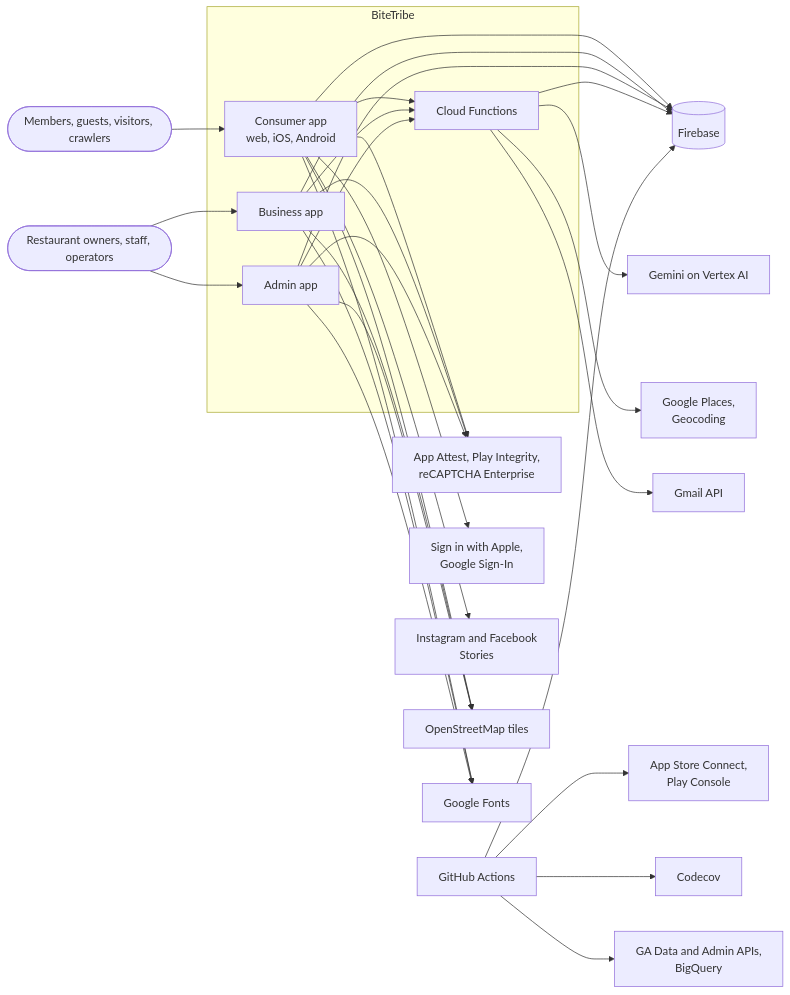
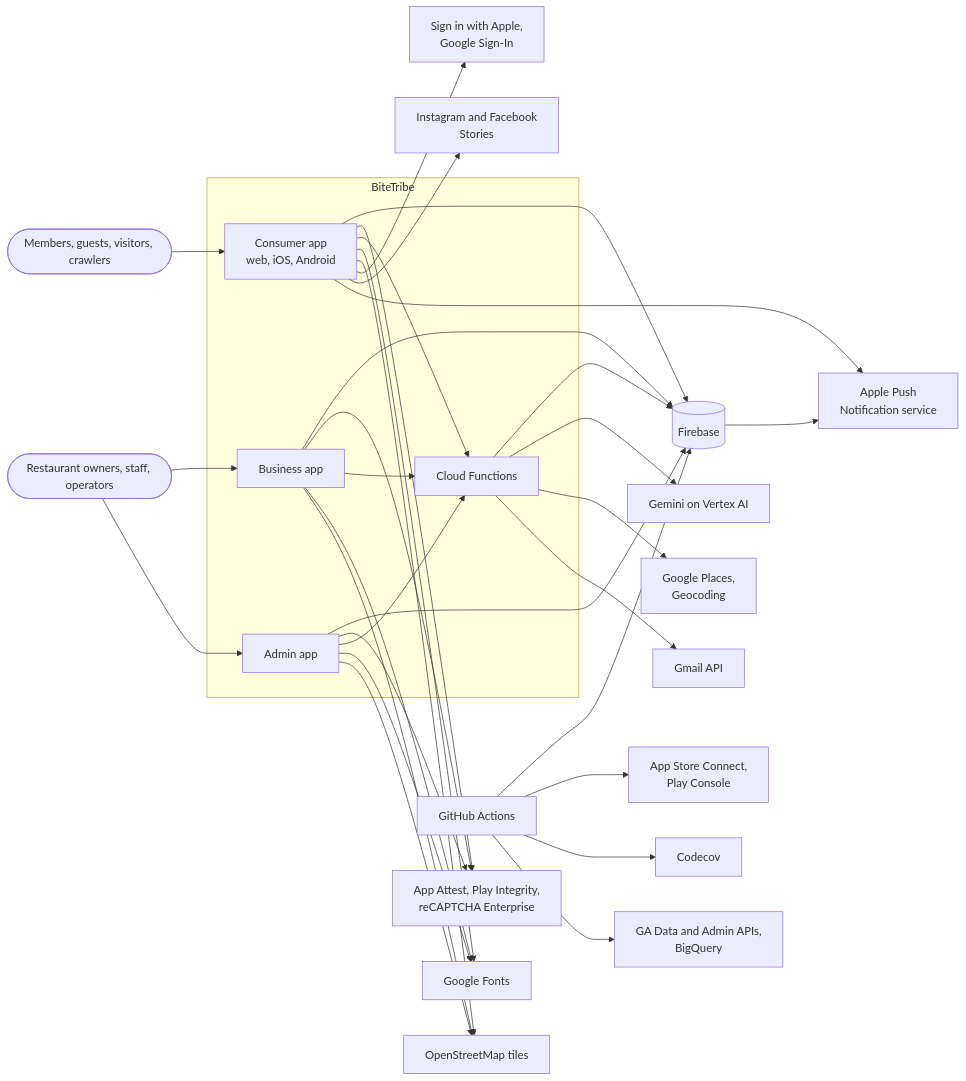
The diagram in ssot/architecture/context.md (muhammedgaygisiz/travellers-apps), drawn with Mermaid before and after one commit. The commit also changed other lines of this file and 6 other files, not shown here.

````diff
--- a/ssot/architecture/context.md
+++ b/ssot/architecture/context.md
@@ -65,45 +98,48 @@
 ```mermaid
 flowchart LR
   users(["Members, guests, visitors, crawlers"])
   operators(["Restaurant owners, staff, operators"])
 
   subgraph bitetribe["BiteTribe"]
     consumer["Consumer app<br/>web, iOS, Android"]
     business["Business app"]
     admin["Admin app"]
     functions["Cloud Functions"]
   end
 
   firebase[("Firebase")]
   attest["App Attest, Play Integrity,<br/>reCAPTCHA Enterprise"]
+  apns["Apple Push<br/>Notification service"]
   idp["Sign in with Apple,<br/>Google Sign-In"]
   meta["Instagram and Facebook<br/>Stories"]
   vertex["Gemini on Vertex AI"]
   maps["Google Places,<br/>Geocoding"]
   gmail["Gmail API"]
   osm["OpenStreetMap tiles"]
   fonts["Google Fonts"]
   stores["App Store Connect,<br/>Play Console"]
   ci["GitHub Actions"]
   codecov["Codecov"]
   ga["GA Data and Admin APIs,<br/>BigQuery"]
 
   users --> consumer
   operators --> business
   operators --> admin
   consumer & business & admin --> firebase
   consumer & business & admin --> attest
   consumer & business & admin --> functions
   consumer & business & admin --> fonts
   consumer & business & admin --> osm
   consumer --> idp
   consumer --> meta
+  consumer --> apns
+  firebase --> apns
   functions --> firebase
   functions --> vertex
   functions --> maps
   functions --> gmail
   ci --> firebase
   ci --> stores
   ci --> codecov
   ci --> ga
 ```
````
